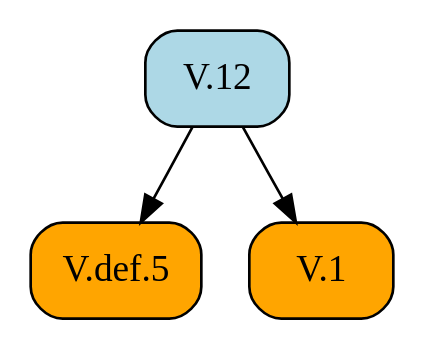
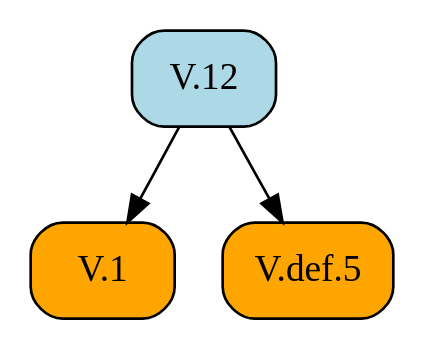
The diagram in docsrc/heath/V/12/index.rst (geometor/elements), drawn with Graphviz before and after one commit. The commit also changed other lines of this file and 484 other files, not shown here.

```diff
--- a/docsrc/heath/V/12/index.rst
+++ b/docsrc/heath/V/12/index.rst
@@ -40,11 +40,11 @@
 .. graphviz::
 
    digraph {
      rankdir="TB";
      node [shape=box, style=rounded];
+     "V.1" [style="rounded,filled", fillcolor=orange, URL="/heath/V/1/", target="_top"];
      "V.def.5" [style="rounded,filled", fillcolor=orange, URL="/heath/V/def.5/", target="_top"];
      "V.12" [style="rounded,filled", fillcolor=lightblue, URL="/heath/V/12/", target="_top"];
-     "V.1" [style="rounded,filled", fillcolor=orange, URL="/heath/V/1/", target="_top"];
+     "V.12" -> "V.1";
      "V.12" -> "V.def.5";
-     "V.12" -> "V.1";
    }
```
